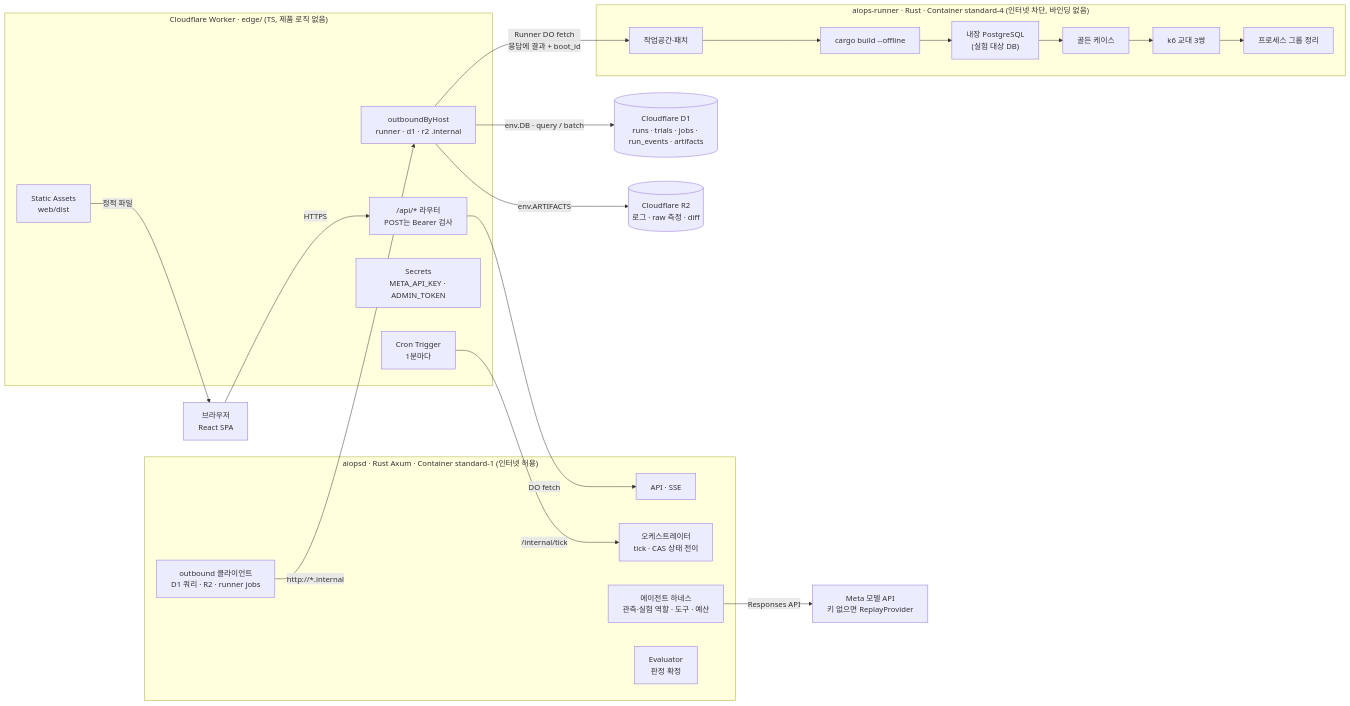
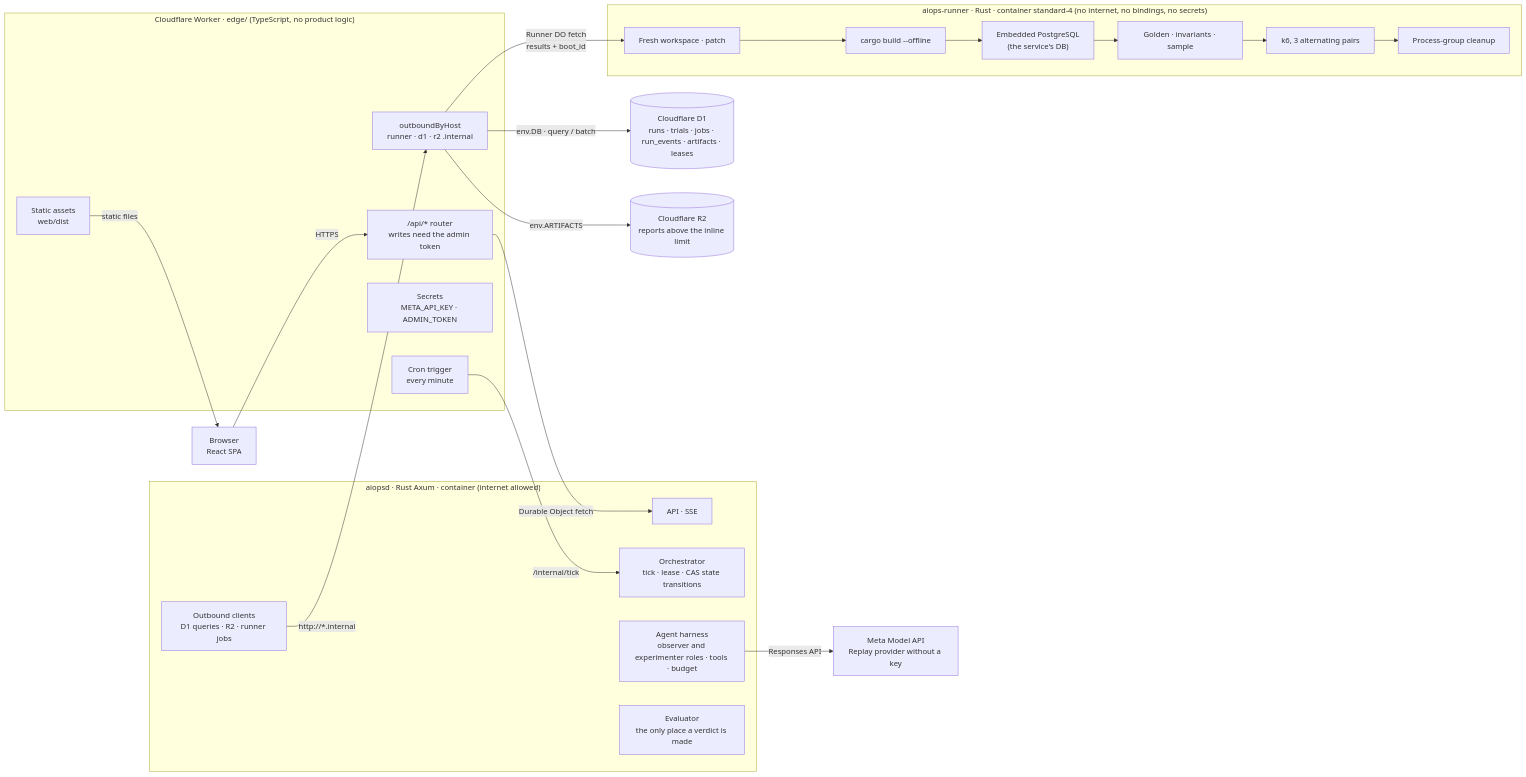
Before and after one commit to qlanfr/mata_Hackathon: the first of 3 diagrams in docs/architecture.md, drawn with Mermaid. The commit also changed other lines of this file and 7 other files, not shown here.

First line of the commit message:
Write the README, architecture and submission text in English

````diff
--- a/docs/architecture.md
+++ b/docs/architecture.md
@@ -9,38 +9,38 @@
 ```mermaid
 flowchart LR
-  B["브라우저<br/>React SPA"]
+  B["Browser<br/>React SPA"]
 
-  subgraph W["Cloudflare Worker · edge/ (TS, 제품 로직 없음)"]
-    W1["Static Assets<br/>web/dist"]
-    W2["/api/* 라우터<br/>POST는 Bearer 검사"]
-    W3["Cron Trigger<br/>1분마다"]
+  subgraph W["Cloudflare Worker · edge/ (TypeScript, no product logic)"]
+    W1["Static assets<br/>web/dist"]
+    W2["/api/* router<br/>writes need the admin token"]
+    W3["Cron trigger<br/>every minute"]
     W4["Secrets<br/>META_API_KEY · ADMIN_TOKEN"]
     W5["outboundByHost<br/>runner · d1 · r2 .internal"]
   end
 
-  subgraph A["aiopsd · Rust Axum · Container standard-1 (인터넷 허용)"]
+  subgraph A["aiopsd · Rust Axum · container (internet allowed)"]
     A1["API · SSE"]
-    A2["오케스트레이터<br/>tick · CAS 상태 전이"]
-    A3["에이전트 하네스<br/>관측·실험 역할 · 도구 · 예산"]
-    A4["Evaluator<br/>판정 확정"]
-    A5["outbound 클라이언트<br/>D1 쿼리 · R2 · runner jobs"]
+    A2["Orchestrator<br/>tick · lease · CAS state transitions"]
+    A3["Agent harness<br/>observer and experimenter roles · tools · budget"]
+    A4["Evaluator<br/>the only place a verdict is made"]
+    A5["Outbound clients<br/>D1 queries · R2 · runner jobs"]
   end
 
-  subgraph R["aiops-runner · Rust · Container standard-4 (인터넷 차단, 바인딩 없음)"]
-    R1["작업공간·패치"] --> R2["cargo build --offline"] --> R3["내장 PostgreSQL<br/>(실험 대상 DB)"] --> R4["골든 케이스"] --> R5["k6 교대 3쌍"] --> R6["프로세스 그룹 정리"]
+  subgraph R["aiops-runner · Rust · container standard-4 (no internet, no bindings, no secrets)"]
+    R1["Fresh workspace · patch"] --> R2["cargo build --offline"] --> R3["Embedded PostgreSQL<br/>(the service's DB)"] --> R4["Golden · invariants · sample"] --> R5["k6, 3 alternating pairs"] --> R6["Process-group cleanup"]
   end
 
-  D1[("Cloudflare D1<br/>runs · trials · jobs · run_events · artifacts")]
-  R2B[("Cloudflare R2<br/>로그 · raw 측정 · diff")]
-  M["Meta 모델 API<br/>키 없으면 ReplayProvider"]
+  D1[("Cloudflare D1<br/>runs · trials · jobs · run_events · artifacts · leases")]
+  R2B[("Cloudflare R2<br/>reports above the inline limit")]
+  M["Meta Model API<br/>Replay provider without a key"]
 
   B -->|"HTTPS"| W2
-  W1 -->|"정적 파일"| B
-  W2 -->|"DO fetch"| A1
+  W1 -->|"static files"| B
+  W2 -->|"Durable Object fetch"| A1
   W3 -->|"/internal/tick"| A2
   A3 -->|"Responses API"| M
   A5 -->|"http://*.internal"| W5
   W5 -->|"env.DB · query / batch"| D1
   W5 -->|"env.ARTIFACTS"| R2B
-  W5 -->|"Runner DO fetch<br/>응답에 결과 + boot_id"| R1
+  W5 -->|"Runner DO fetch<br/>results + boot_id"| R1
 ```
````
